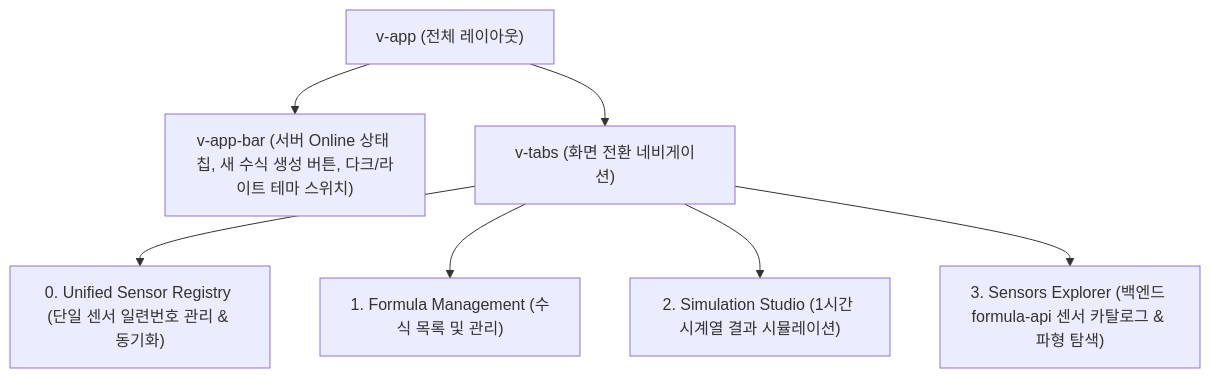
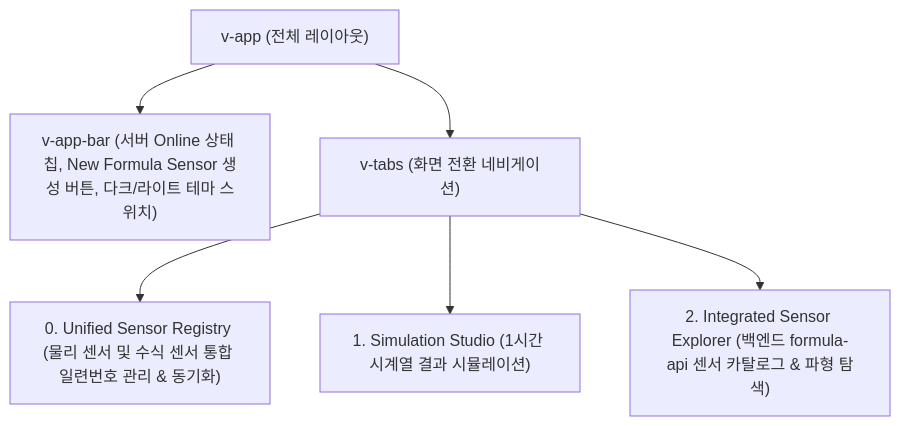
One commit to imoil/formula-evaluator-service changed the second of 2 diagrams in docs/FRONTEND_UI_GUIDE.md. Above: the diagram before and after it, drawn with Mermaid. The commit also changed other lines of this file and 3 other files, not shown here.

Commit message:
docs: update pipeline and frontend guides for unified sensor registry

````diff
--- a/docs/FRONTEND_UI_GUIDE.md
+++ b/docs/FRONTEND_UI_GUIDE.md
@@ -114,15 +114,14 @@
 ```mermaid
 flowchart TD
     App["v-app (전체 레이아웃)"]
-    AppBar["v-app-bar (서버 Online 상태 칩, 새 수식 생성 버튼, 다크/라이트 테마 스위치)"]
+    AppBar["v-app-bar (서버 Online 상태 칩, New Formula Sensor 생성 버튼, 다크/라이트 테마 스위치)"]
     Tabs["v-tabs (화면 전환 네비게이션)"]
 
-    Tab0["0. Unified Sensor Registry (단일 센서 일련번호 관리 & 동기화)"]
-    Tab1["1. Formula Management (수식 목록 및 관리)"]
-    Tab2["2. Simulation Studio (1시간 시계열 결과 시뮬레이션)"]
-    Tab3["3. Sensors Explorer (백엔드 formula-api 센서 카탈로그 & 파형 탐색)"]
+    Tab0["0. Unified Sensor Registry (물리 센서 및 수식 센서 통합 일련번호 관리 & 동기화)"]
+    Tab1["1. Simulation Studio (1시간 시계열 결과 시뮬레이션)"]
+    Tab2["2. Integrated Sensor Explorer (백엔드 formula-api 센서 카탈로그 & 파형 탐색)"]
 
     App --> AppBar
     App --> Tabs
-    Tabs --> Tab0 & Tab1 & Tab2 & Tab3
+    Tabs --> Tab0 & Tab1 & Tab2
 ```
````
